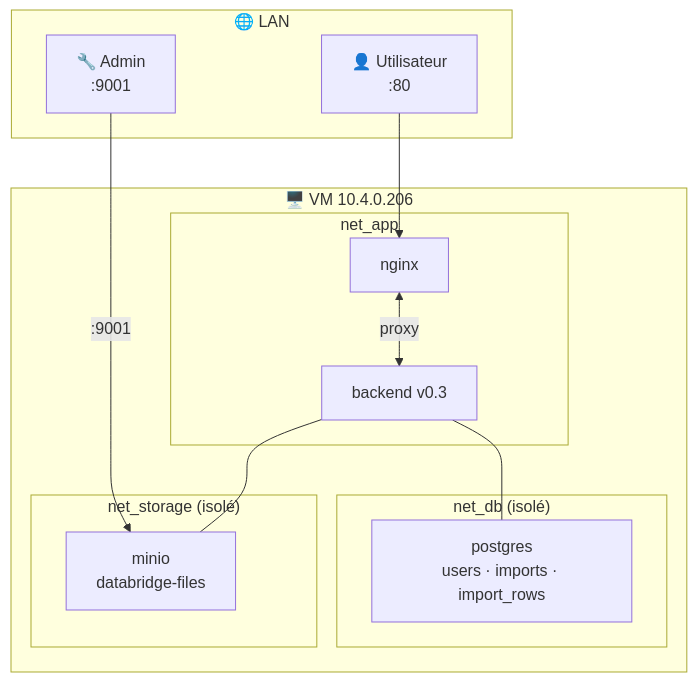
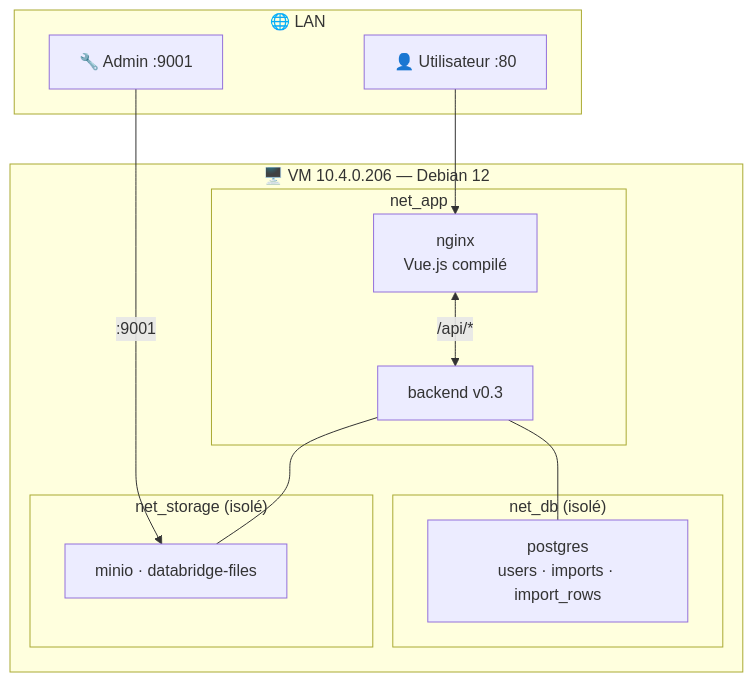
Before and after one commit to infoserv-DataBridge/DataBridge: the second of 2 diagrams in TODO.md, drawn with Mermaid. The commit also changed other lines of this file and 16 other files, not shown here.

````diff
--- a/TODO.md
+++ b/TODO.md
@@ -29,22 +29,22 @@
 ```mermaid
 graph TB
     subgraph EXT["🌐 LAN"]
-        U["👤 Utilisateur\n:80"]
-        A["🔧 Admin\n:9001"]
+        U["👤 Utilisateur :80"]
+        A["🔧 Admin :9001"]
     end
-    subgraph VM["🖥️ VM 10.4.0.206"]
+    subgraph VM["🖥️ VM 10.4.0.206 — Debian 12"]
         subgraph net_app["net_app"]
-            NGX["nginx"] <-->|proxy| BCK["backend v0.3"]
+            NGX["nginx\nVue.js compilé"] <-->|"/api/*"| BCK["backend v0.3"]
         end
         subgraph net_db["net_db (isolé)"]
             PG["postgres\nusers · imports · import_rows"]
         end
         subgraph net_storage["net_storage (isolé)"]
-            MN["minio\ndatabridge-files"]
+            MN["minio · databridge-files"]
         end
     end
     U --> NGX
     A -->|":9001"| MN
     BCK --- PG
     BCK --- MN
 ```
````
